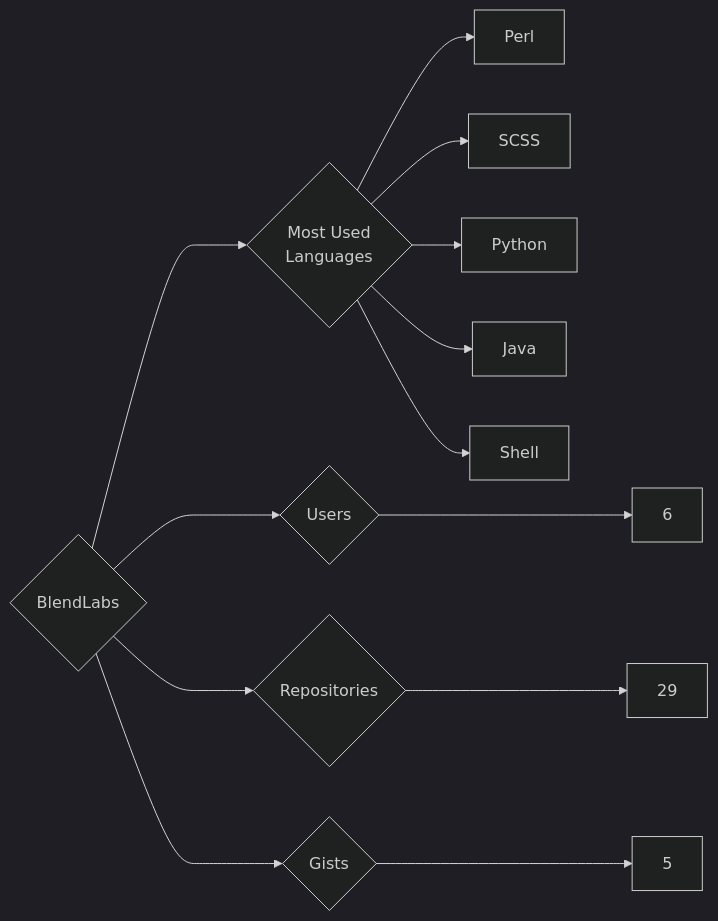
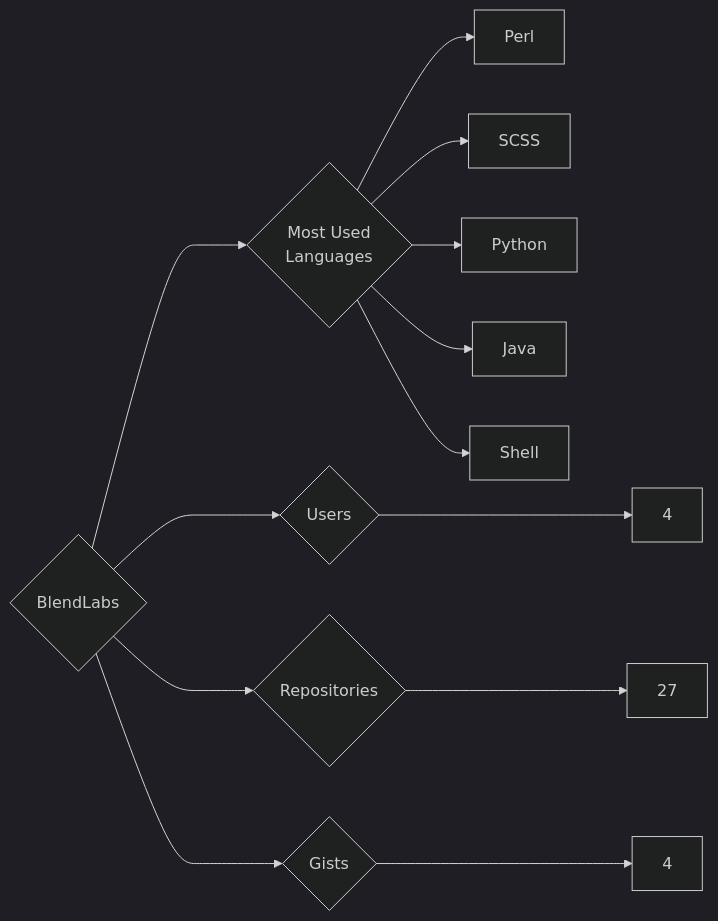
The diagram in targets/BlendLabs/README.md (trickest/insiders), drawn with Mermaid (dark theme) before and after one commit. The commit also changed 1055 other files, not shown here.

````diff
--- a/targets/BlendLabs/README.md
+++ b/targets/BlendLabs/README.md
@@ -3,13 +3,13 @@
 ```mermaid
 graph LR
 COMPANY_NAME{BlendLabs}
-COMPANY_NAME ---> U{Users} ---> UN[6]
-COMPANY_NAME ---> R{Repositories} ---> RN[29]
-COMPANY_NAME ---> G{Gists} ---> GN[5]
+COMPANY_NAME ---> U{Users} ---> UN[4]
+COMPANY_NAME ---> R{Repositories} ---> RN[27]
+COMPANY_NAME ---> G{Gists} ---> GN[4]
 COMPANY_NAME ---> ML{Most Used<br>Languages}
 ML --> Perl[Perl]
 ML --> SCSS[SCSS]
 ML --> Python[Python]
 ML --> Java[Java]
 ML --> Shell[Shell]
 ```
````
